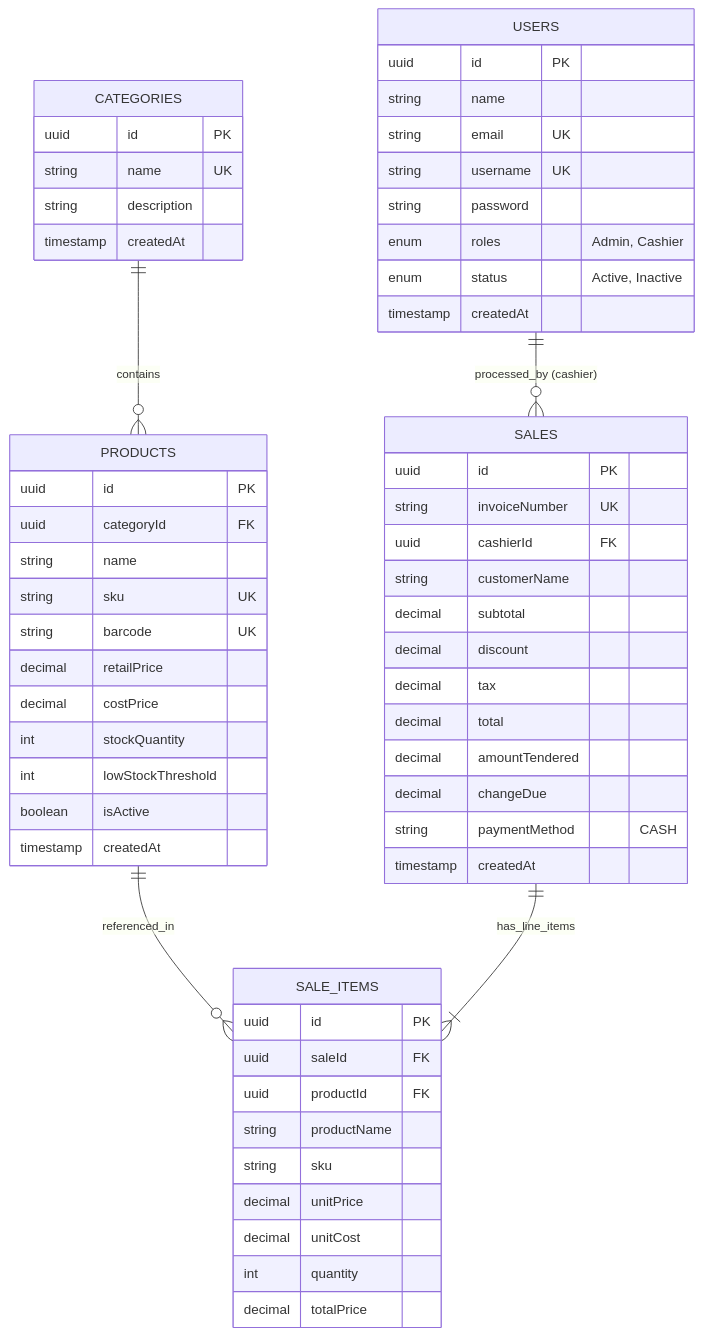
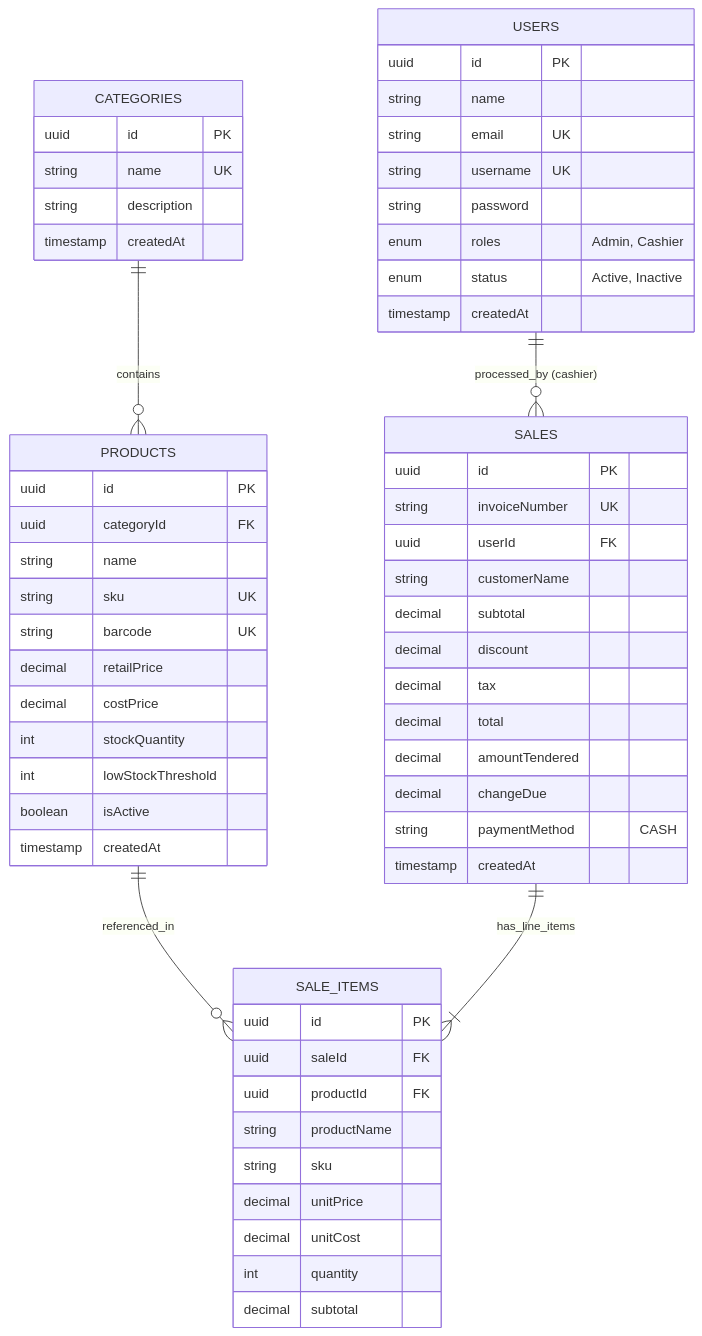
The diagram in README.md (gowtamkumar/pos), drawn with Mermaid before and after one commit. The commit also changed other lines of this file and 7 other files, not shown here.

````diff
--- a/README.md
+++ b/README.md
@@ -42,66 +46,66 @@
 ```mermaid
 erDiagram
     USERS ||--o{ SALES : "processed_by (cashier)"
     CATEGORIES ||--o{ PRODUCTS : "contains"
     PRODUCTS ||--o{ SALE_ITEMS : "referenced_in"
     SALES ||--|{ SALE_ITEMS : "has_line_items"
 
     USERS {
         uuid id PK
         string name
         string email UK
         string username UK
         string password
         enum roles "Admin, Cashier"
         enum status "Active, Inactive"
         timestamp createdAt
     }
 
     CATEGORIES {
         uuid id PK
         string name UK
         string description
         timestamp createdAt
     }
 
     PRODUCTS {
         uuid id PK
         uuid categoryId FK
         string name
         string sku UK
         string barcode UK
         decimal retailPrice
         decimal costPrice
         int stockQuantity
         int lowStockThreshold
         boolean isActive
         timestamp createdAt
     }
 
     SALES {
         uuid id PK
         string invoiceNumber UK
-        uuid cashierId FK
+        uuid userId FK
         string customerName
         decimal subtotal
         decimal discount
         decimal tax
         decimal total
         decimal amountTendered
         decimal changeDue
         string paymentMethod "CASH"
         timestamp createdAt
     }
 
     SALE_ITEMS {
         uuid id PK
         uuid saleId FK
         uuid productId FK
         string productName
         string sku
         decimal unitPrice
         decimal unitCost
         int quantity
-        decimal totalPrice
+        decimal subtotal
     }
 ```
````
